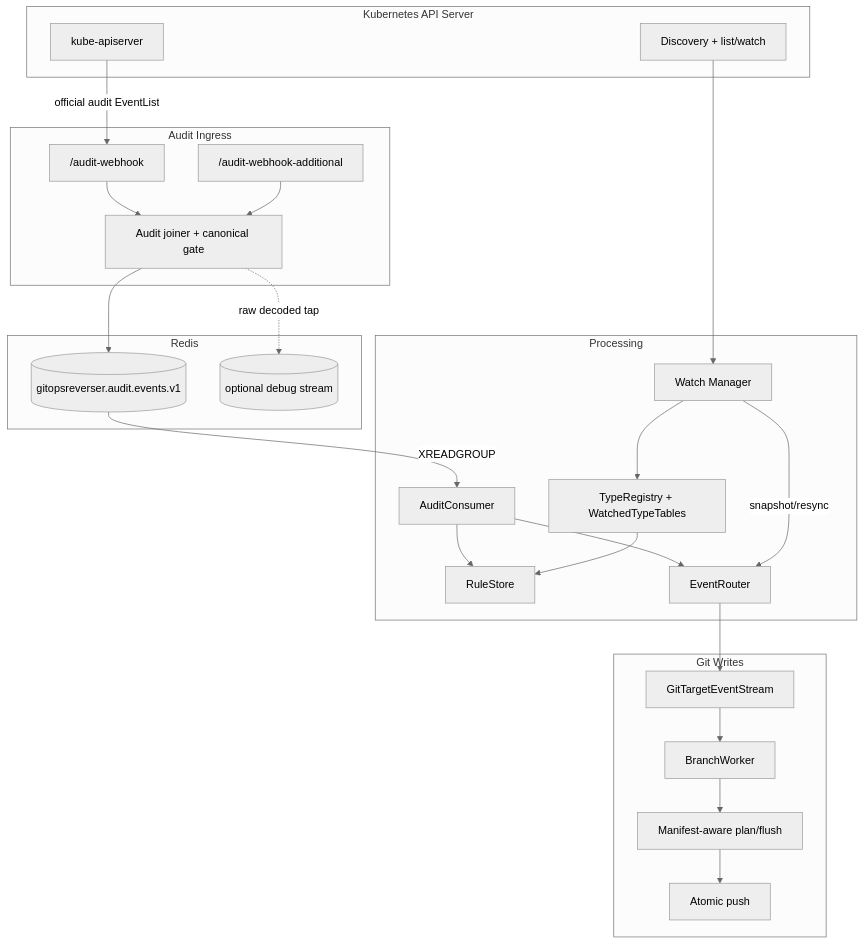
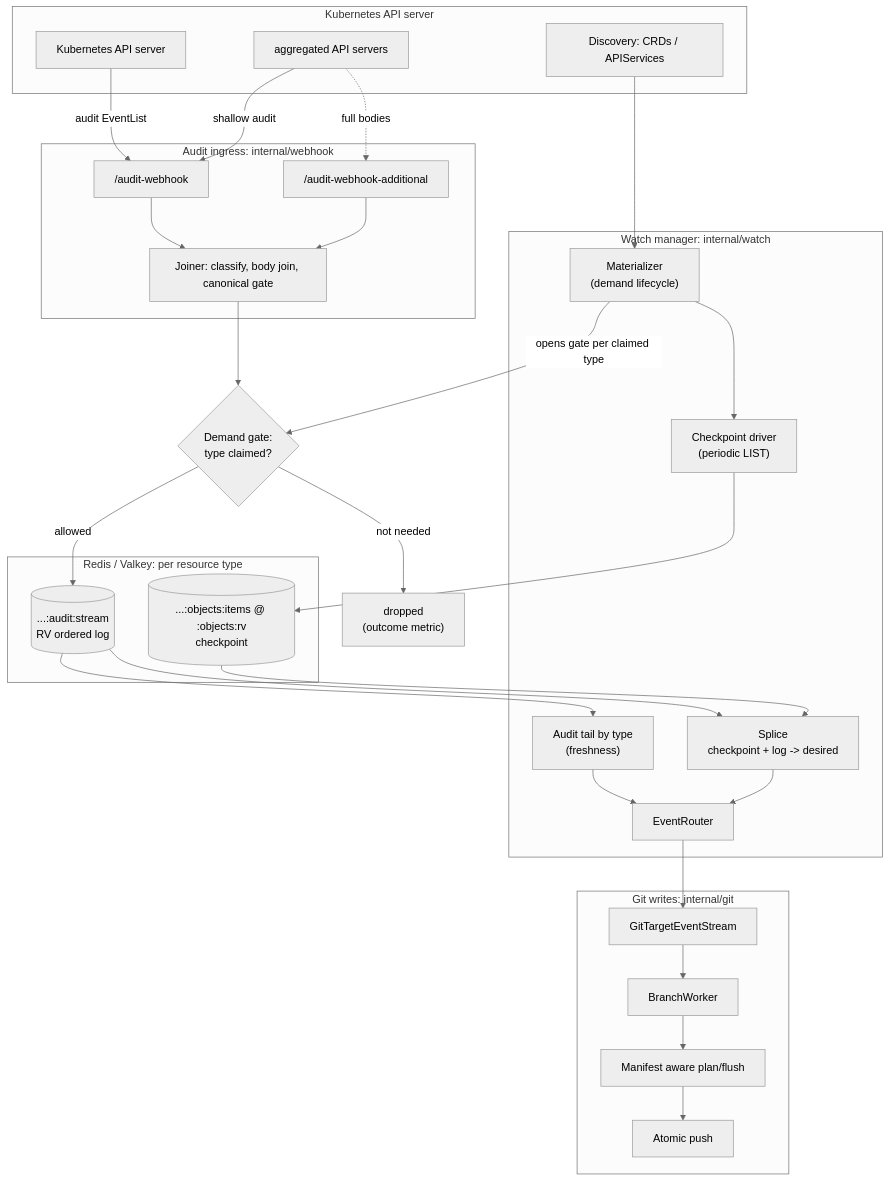
One commit to ConfigButler/gitops-reverser changed the second of 3 diagrams in docs/architecture.md. Above: the diagram before and after it, drawn with Mermaid (neutral theme). The commit also changed other lines of this file and 9 other files, not shown here.

Commit message:
chore: aligning config fields and updating architecture docs

````diff
--- a/docs/architecture.md
+++ b/docs/architecture.md
@@ -211,51 +209,60 @@
 ```mermaid
 flowchart TD
-    subgraph "Kubernetes API Server"
-        KAS[kube-apiserver]
-        DISC[Discovery + list/watch]
+    subgraph K8S["Kubernetes API server"]
+        KAS[Kubernetes API server]
+        AGG[aggregated API servers]
+        DISC["Discovery: CRDs / APIServices"]
     end
 
-    subgraph "Audit Ingress"
+    subgraph INGRESS["Audit ingress: internal/webhook"]
         OFF["/audit-webhook"]
         ADD["/audit-webhook-additional"]
-        JOIN[Audit joiner + canonical gate]
+        JOIN["Joiner: classify, body join, canonical gate"]
         OFF --> JOIN
         ADD --> JOIN
     end
 
-    subgraph Redis
-        STREAM[(gitopsreverser.audit.events.v1)]
-        DEBUG[(optional debug stream)]
+    GATE{"Demand gate:<br/>type claimed?"}
+    DROP["dropped<br/>(outcome metric)"]
+
+    subgraph REDIS["Redis / Valkey: per resource type"]
+        STREAM[("...:audit:stream<br/>RV ordered log")]
+        OBJ[("...:objects:items @ :objects:rv<br/>checkpoint")]
     end
 
-    subgraph "Processing"
-        CONS[AuditConsumer]
-        RULES[RuleStore]
-        ROUTER[EventRouter]
-        WATCH[Watch Manager]
-        TYPES[TypeRegistry + WatchedTypeTables]
+    subgraph WATCH["Watch manager: internal/watch"]
+        MAT["Materializer<br/>(demand lifecycle)"]
+        CKPT["Checkpoint driver<br/>(periodic LIST)"]
+        TAIL["Audit tail by type<br/>(freshness)"]
+        SPLICE["Splice<br/>checkpoint + log -> desired"]
+        ROUTER["EventRouter"]
     end
 
-    subgraph "Git Writes"
+    subgraph GIT["Git writes: internal/git"]
         GTES[GitTargetEventStream]
         BW[BranchWorker]
-        PLAN[Manifest-aware plan/flush]
-        PUSH[Atomic push]
+        PLAN["Manifest aware plan/flush"]
+        PUSH["Atomic push"]
     end
 
-    KAS -->|official audit EventList| OFF
-    JOIN --> STREAM
-    JOIN -. raw decoded tap .-> DEBUG
-    STREAM -->|XREADGROUP| CONS
-    CONS --> RULES
-    CONS --> ROUTER
+    KAS -->|audit EventList| OFF
+    AGG -->|shallow audit| OFF
+    AGG -.->|full bodies| ADD
+    JOIN --> GATE
+    GATE -->|allowed| STREAM
+    GATE -->|not needed| DROP
+
+    DISC --> MAT
+    MAT -->|opens gate per claimed type| GATE
+    MAT --> CKPT
+    CKPT --> OBJ
+    STREAM --> TAIL
+    OBJ --> SPLICE
+    STREAM --> SPLICE
+    TAIL --> ROUTER
+    SPLICE --> ROUTER
     ROUTER --> GTES
     GTES --> BW
     BW --> PLAN
     PLAN --> PUSH
-
-    DISC --> WATCH
-    WATCH --> TYPES
-    TYPES --> RULES
-    WATCH -->|snapshot/resync| ROUTER
 ```
````
